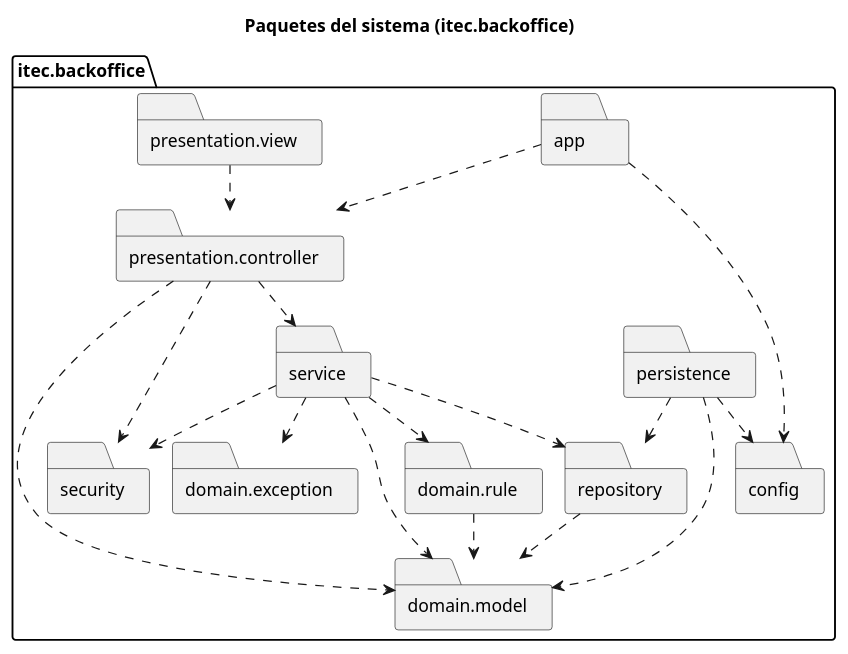
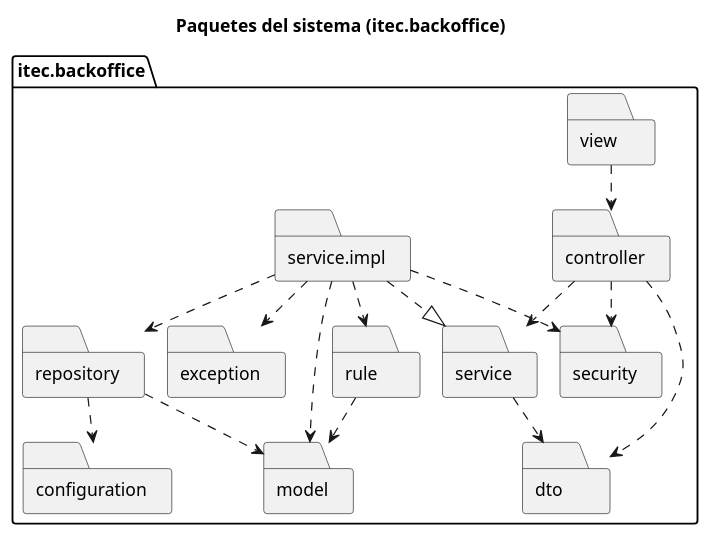
The diagram in document/diagramas/06-paquetes.puml (ISMAELALTHENOFER/BACKOFFICE-ACADEMICO-ITEC-N-1), drawn with PlantUML before and after one commit. The commit also changed 41 other files, not shown here.

```diff
--- a/document/diagramas/06-paquetes.puml
+++ b/document/diagramas/06-paquetes.puml
@@ -1,36 +1,34 @@
 @startuml paquetes
 !pragma layout smetana
 skinparam shadowing false
 title Paquetes del sistema (itec.backoffice)
 
 package "itec.backoffice" {
-  folder "app" as app
-  folder "presentation.view" as vista
-  folder "presentation.controller" as ctrl
+  folder "view" as vista
+  folder "controller" as ctrl
+  folder "dto" as dto
   folder "service" as srv
+  folder "service.impl" as impl
+  folder "rule" as rule
   folder "security" as sec
-  folder "domain.model" as model
-  folder "domain.rule" as rule
-  folder "domain.exception" as exc
+  folder "model" as model
+  folder "exception" as exc
   folder "repository" as repo
-  folder "persistence" as pers
-  folder "config" as cfg
+  folder "configuration" as cfg
 }
 
-app ..> ctrl
-app ..> cfg
 vista ..> ctrl
 ctrl ..> srv
+ctrl ..> dto
 ctrl ..> sec
-ctrl ..> model
-srv ..> sec
-srv ..> rule
-srv ..> model
-srv ..> exc
-srv ..> repo
+impl ..|> srv
+impl ..> rule
+impl ..> repo
+impl ..> model
+impl ..> exc
+impl ..> sec
+srv ..> dto
 rule ..> model
 repo ..> model
-pers ..> repo
-pers ..> model
-pers ..> cfg
+repo ..> cfg
 @enduml
```
